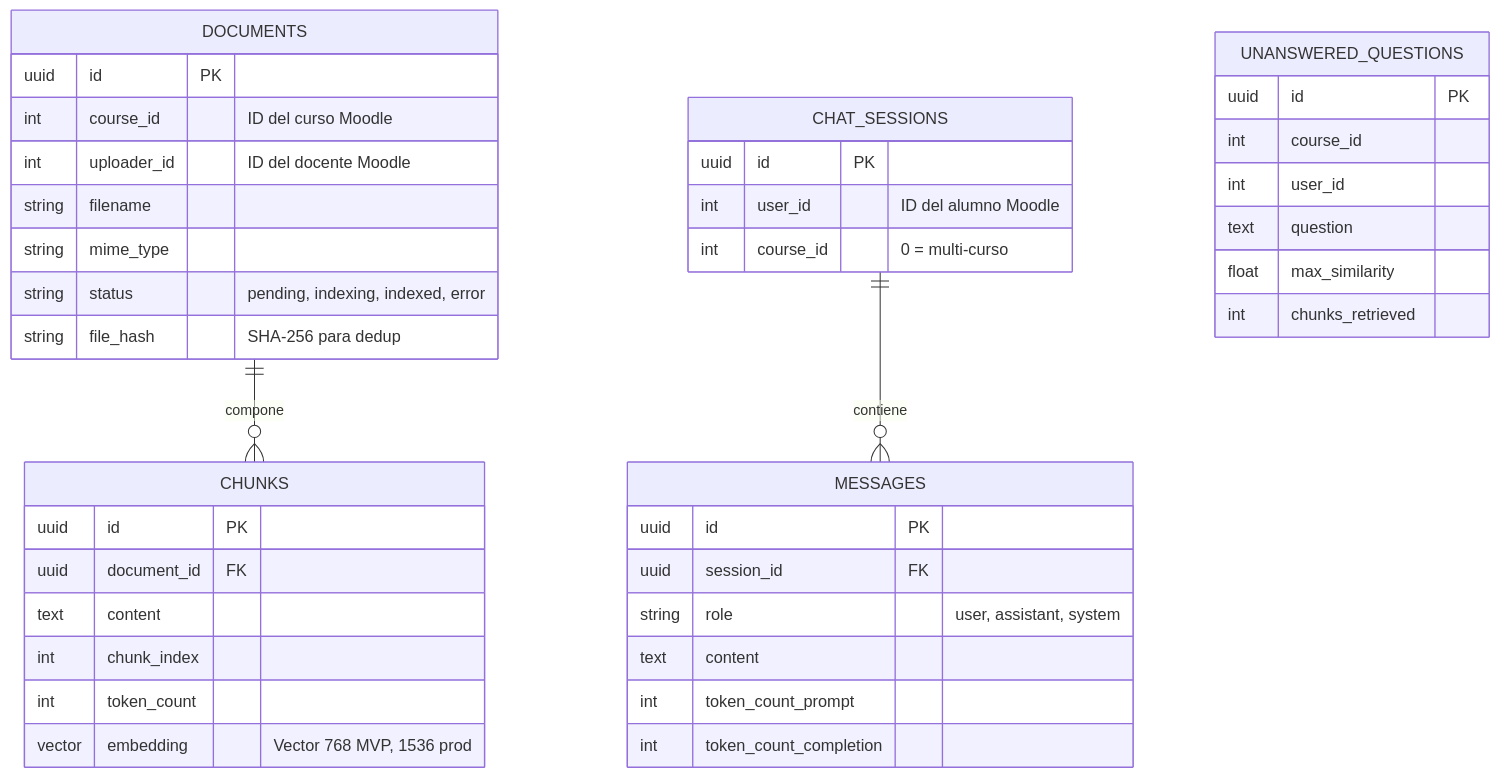
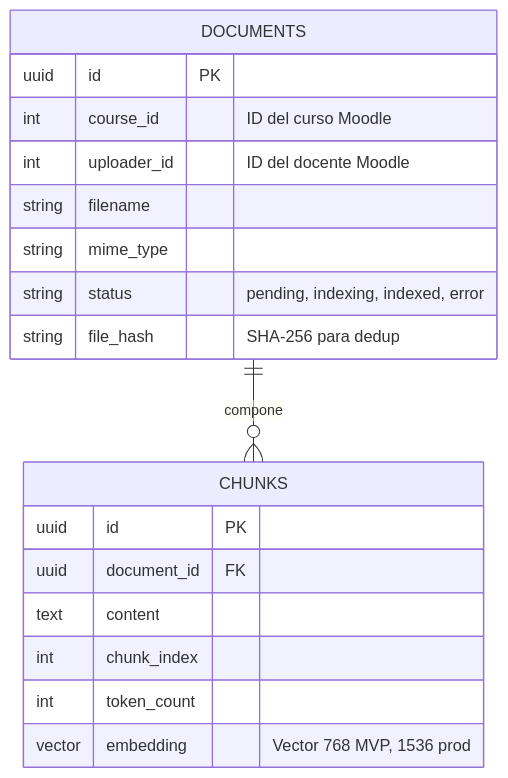
The sixth of 6 diagrams in NexusAI/informe-ipi/informe-ipi.md (nexusai-ucc/nexusAI), drawn with Mermaid before and after one commit. The commit also changed other lines of this file and 1 other file, not shown here.

````diff
--- a/NexusAI/informe-ipi/informe-ipi.md
+++ b/NexusAI/informe-ipi/informe-ipi.md
@@ -2327,48 +2327,23 @@
 ```mermaid
 erDiagram
     DOCUMENTS ||--o{ CHUNKS : "compone"
-    CHAT_SESSIONS ||--o{ MESSAGES : "contiene"
 
     DOCUMENTS {
         uuid id PK
         int course_id "ID del curso Moodle"
         int uploader_id "ID del docente Moodle"
         string filename
         string mime_type
         string status "pending, indexing, indexed, error"
         string file_hash "SHA-256 para dedup"
     }
 
     CHUNKS {
         uuid id PK
         uuid document_id FK
         text content
         int chunk_index
         int token_count
         vector embedding "Vector 768 MVP, 1536 prod"
     }
-
-    CHAT_SESSIONS {
-        uuid id PK
-        int user_id "ID del alumno Moodle"
-        int course_id "0 = multi-curso"
-    }
-
-    MESSAGES {
-        uuid id PK
-        uuid session_id FK
-        string role "user, assistant, system"
-        text content
-        int token_count_prompt
-        int token_count_completion
-    }
-
-    UNANSWERED_QUESTIONS {
-        uuid id PK
-        int course_id
-        int user_id
-        text question
-        float max_similarity
-        int chunks_retrieved
-    }
 ```
````
